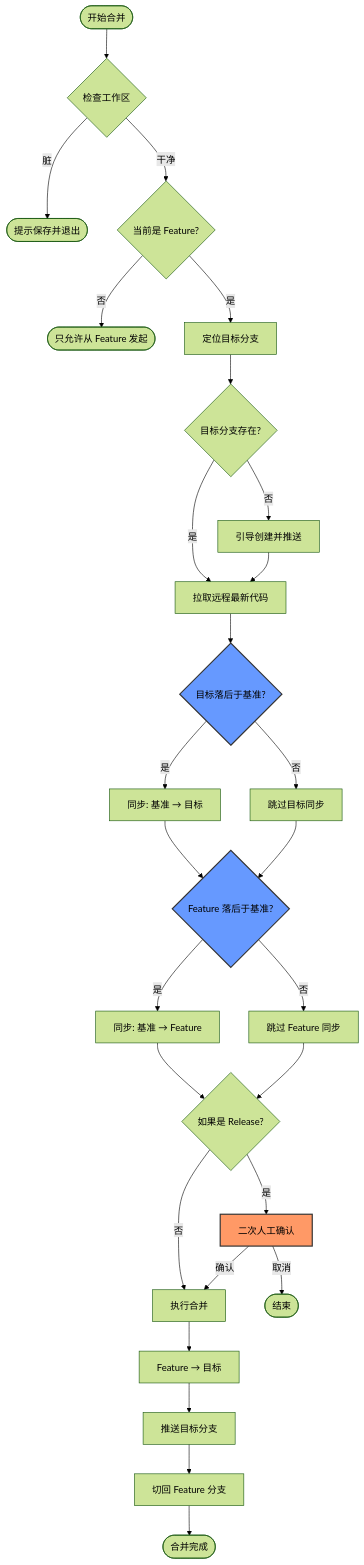
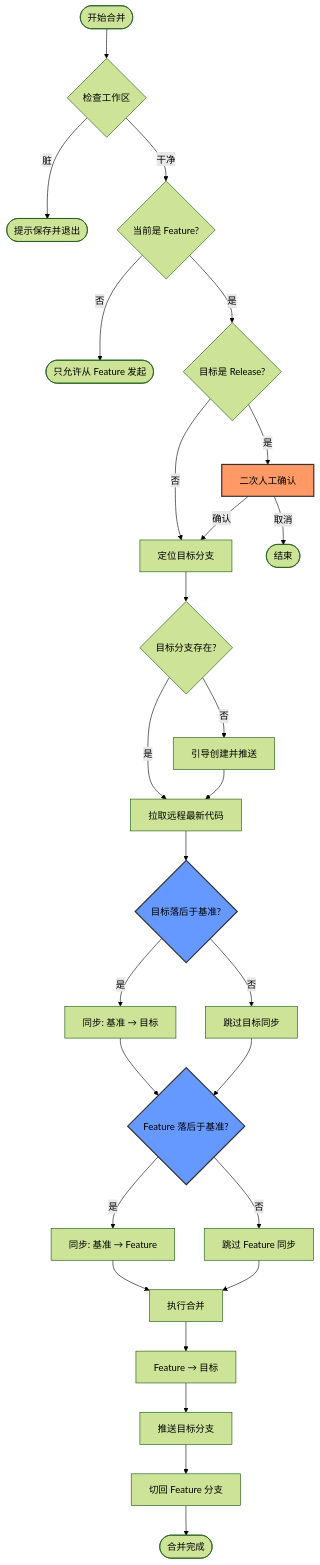
Before and after one commit to wangkaiwd/auto-git-flow: the second of 2 diagrams in README.md, drawn with Mermaid (forest theme). The commit also changed other lines of this file, not shown here.

````diff
--- a/README.md
+++ b/README.md
@@ -105,41 +110,40 @@
 ```mermaid
 graph TD
     Start([开始合并]) --> CheckClean{检查工作区}
     CheckClean -- 脏 --> Error([提示保存并退出])
     CheckClean -- 干净 --> CheckType{当前是 Feature?}
 
     CheckType -- 否 --> ErrorType([只允许从 Feature 发起])
-    CheckType -- 是 --> FindTarget[定位目标分支]
+    CheckType -- 是 --> ConfirmRelease{目标是 Release?}
+
+    ConfirmRelease -- 是 --> UserConfirm[二次人工确认]
+    ConfirmRelease -- 否 --> FindTarget
+    UserConfirm -- 取消 --> End([结束])
+    UserConfirm -- 确认 --> FindTarget[定位目标分支]
 
     FindTarget --> Exist{目标分支存在?}
     Exist -- 否 --> CreateNew[引导创建并推送]
     Exist -- 是 --> Pull[拉取远程最新代码]
     CreateNew --> Pull
 
     Pull --> CheckTargetBehind{目标落后于基准?}
     CheckTargetBehind -- 是 --> SyncTarget[同步: 基准 → 目标]
     CheckTargetBehind -- 否 --> SkipTargetSync[跳过目标同步]
     SyncTarget --> CheckFeatureBehind
     SkipTargetSync --> CheckFeatureBehind{Feature 落后于基准?}
 
     CheckFeatureBehind -- 是 --> SyncFeature[同步: 基准 → Feature]
     CheckFeatureBehind -- 否 --> SkipFeatureSync[跳过 Feature 同步]
-    SyncFeature --> Confirm
-    SkipFeatureSync --> Confirm{如果是 Release?}
-
-    Confirm -- 是 --> UserConfirm[二次人工确认]
-    Confirm -- 否 --> DoMerge
-
-    UserConfirm -- 取消 --> End([结束])
-    UserConfirm -- 确认 --> DoMerge[执行合并]
+    SyncFeature --> DoMerge
+    SkipFeatureSync --> DoMerge[执行合并]
 
     DoMerge --> MergeFeat[Feature → 目标]
     MergeFeat --> Push[推送目标分支]
     Push --> Back[切回 Feature 分支]
     Back --> Done([合并完成])
 
     classDef highlight fill:#f96,stroke:#333,stroke-width:2px
     classDef smart fill:#69f,stroke:#333,stroke-width:2px
     class UserConfirm highlight
     class CheckTargetBehind,CheckFeatureBehind smart
 ```
````
